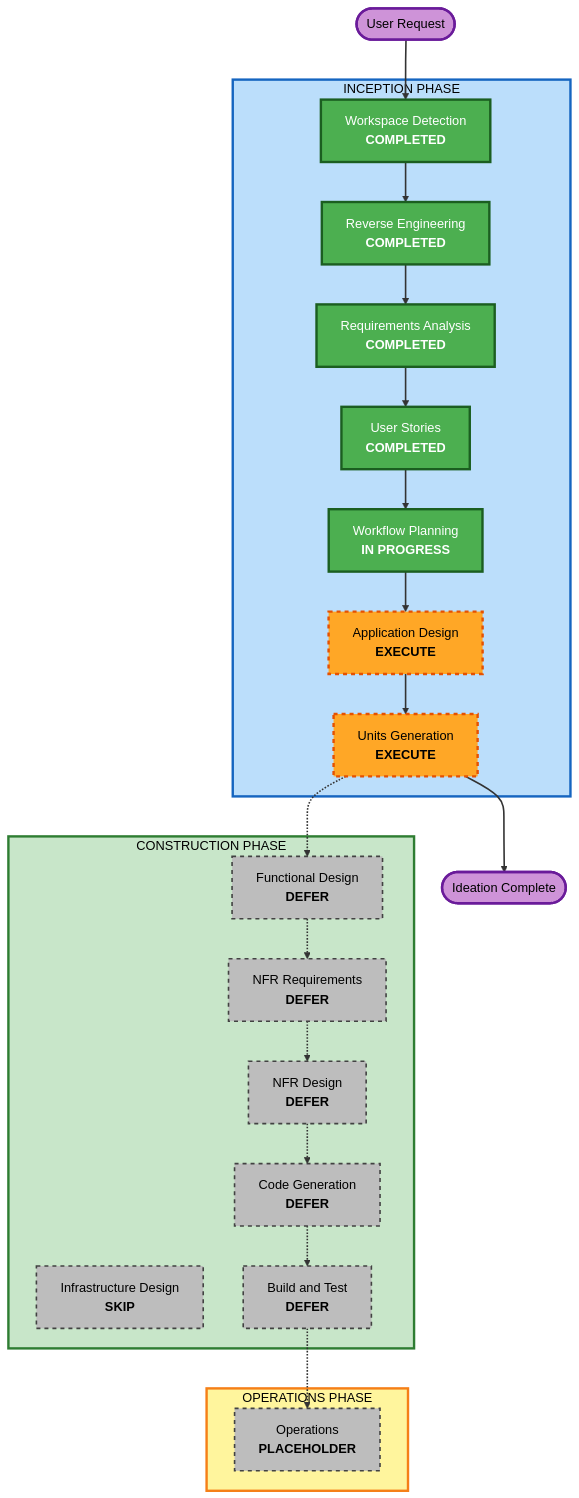
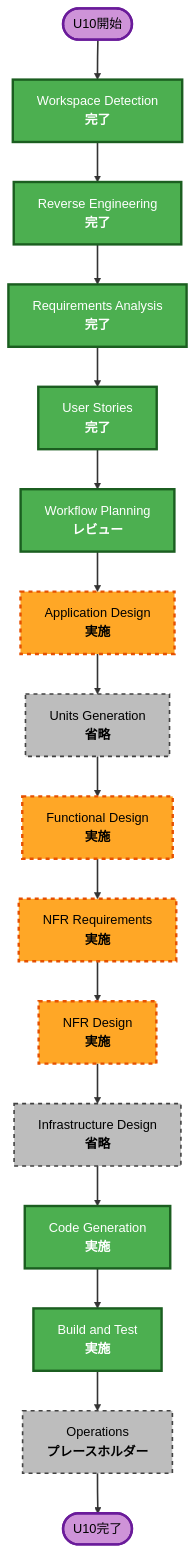
One commit to mori790/Zundamon_vido_Generator changed the diagram in aidlc-docs/inception/plans/execution-plan.md. Above: the diagram before and after it, drawn with Mermaid (neutral theme). The commit also changed other lines of this file and 87 other files, not shown here.

````diff
--- a/aidlc-docs/inception/plans/execution-plan.md
+++ b/aidlc-docs/inception/plans/execution-plan.md
@@ -43,63 +30,51 @@
 ```mermaid
 flowchart TD
-    Start(["User Request"])
-
-    subgraph Inception["INCEPTION PHASE"]
-        WD["Workspace Detection<br/><b>COMPLETED</b>"]
-        RE["Reverse Engineering<br/><b>COMPLETED</b>"]
-        RA["Requirements Analysis<br/><b>COMPLETED</b>"]
-        US["User Stories<br/><b>COMPLETED</b>"]
-        WP["Workflow Planning<br/><b>IN PROGRESS</b>"]
-        AD["Application Design<br/><b>EXECUTE</b>"]
-        UG["Units Generation<br/><b>EXECUTE</b>"]
-    end
-
-    subgraph Construction["CONSTRUCTION PHASE"]
-        FD["Functional Design<br/><b>DEFER</b>"]
-        NFRA["NFR Requirements<br/><b>DEFER</b>"]
-        NFRD["NFR Design<br/><b>DEFER</b>"]
-        ID["Infrastructure Design<br/><b>SKIP</b>"]
-        CG["Code Generation<br/><b>DEFER</b>"]
-        BT["Build and Test<br/><b>DEFER</b>"]
-    end
-
-    subgraph Operations["OPERATIONS PHASE"]
-        OPS["Operations<br/><b>PLACEHOLDER</b>"]
-    end
-
+    Start(["U10開始"])
+    WD["Workspace Detection<br/><b>完了</b>"]
+    RE["Reverse Engineering<br/><b>完了</b>"]
+    RA["Requirements Analysis<br/><b>完了</b>"]
+    US["User Stories<br/><b>完了</b>"]
+    WP["Workflow Planning<br/><b>レビュー</b>"]
+    AD["Application Design<br/><b>実施</b>"]
+    UG["Units Generation<br/><b>省略</b>"]
+    FD["Functional Design<br/><b>実施</b>"]
+    NFRA["NFR Requirements<br/><b>実施</b>"]
+    NFRD["NFR Design<br/><b>実施</b>"]
+    ID["Infrastructure Design<br/><b>省略</b>"]
+    CG["Code Generation<br/><b>実施</b>"]
+    BT["Build and Test<br/><b>実施</b>"]
+    OPS["Operations<br/><b>プレースホルダー</b>"]
+    End(["U10完了"])
     Start --> WD
     WD --> RE
     RE --> RA
     RA --> US
     US --> WP
     WP --> AD
     AD --> UG
-    UG -.-> FD
-    FD -.-> NFRA
-    NFRA -.-> NFRD
-    NFRD -.-> CG
-    CG -.-> BT
-    BT -.-> OPS
-    UG --> End(["Ideation Complete"])
-
+    UG --> FD
+    FD --> NFRA
+    NFRA --> NFRD
+    NFRD --> ID
+    ID --> CG
+    CG --> BT
+    BT --> OPS
+    OPS --> End
     style WD fill:#4CAF50,stroke:#1B5E20,stroke-width:3px,color:#fff
     style RE fill:#4CAF50,stroke:#1B5E20,stroke-width:3px,color:#fff
     style RA fill:#4CAF50,stroke:#1B5E20,stroke-width:3px,color:#fff
     style US fill:#4CAF50,stroke:#1B5E20,stroke-width:3px,color:#fff
     style WP fill:#4CAF50,stroke:#1B5E20,stroke-width:3px,color:#fff
-    style AD fill:#FFA726,stroke:#E65100,stroke-width:3px,stroke-dasharray: 5 5,color:#000
-    style UG fill:#FFA726,stroke:#E65100,stroke-width:3px,stroke-dasharray: 5 5,color:#000
-    style FD fill:#BDBDBD,stroke:#424242,stroke-width:2px,stroke-dasharray: 5 5,color:#000
-    style NFRA fill:#BDBDBD,stroke:#424242,stroke-width:2px,stroke-dasharray: 5 5,color:#000
-    style NFRD fill:#BDBDBD,stroke:#424242,stroke-width:2px,stroke-dasharray: 5 5,color:#000
-    style ID fill:#BDBDBD,stroke:#424242,stroke-width:2px,stroke-dasharray: 5 5,color:#000
-    style CG fill:#BDBDBD,stroke:#424242,stroke-width:2px,stroke-dasharray: 5 5,color:#000
-    style BT fill:#BDBDBD,stroke:#424242,stroke-width:2px,stroke-dasharray: 5 5,color:#000
-    style OPS fill:#BDBDBD,stroke:#424242,stroke-width:2px,stroke-dasharray: 5 5,color:#000
+    style AD fill:#FFA726,stroke:#E65100,stroke-width:3px,stroke-dasharray:5 5,color:#000
+    style FD fill:#FFA726,stroke:#E65100,stroke-width:3px,stroke-dasharray:5 5,color:#000
+    style NFRA fill:#FFA726,stroke:#E65100,stroke-width:3px,stroke-dasharray:5 5,color:#000
+    style NFRD fill:#FFA726,stroke:#E65100,stroke-width:3px,stroke-dasharray:5 5,color:#000
+    style CG fill:#4CAF50,stroke:#1B5E20,stroke-width:3px,color:#fff
+    style BT fill:#4CAF50,stroke:#1B5E20,stroke-width:3px,color:#fff
+    style UG fill:#BDBDBD,stroke:#424242,stroke-width:2px,stroke-dasharray:5 5,color:#000
+    style ID fill:#BDBDBD,stroke:#424242,stroke-width:2px,stroke-dasharray:5 5,color:#000
+    style OPS fill:#BDBDBD,stroke:#424242,stroke-width:2px,stroke-dasharray:5 5,color:#000
     style Start fill:#CE93D8,stroke:#6A1B9A,stroke-width:3px,color:#000
     style End fill:#CE93D8,stroke:#6A1B9A,stroke-width:3px,color:#000
-    style Inception fill:#BBDEFB,stroke:#1565C0,stroke-width:3px,color:#000
-    style Construction fill:#C8E6C9,stroke:#2E7D32,stroke-width:3px,color:#000
-    style Operations fill:#FFF59D,stroke:#F57F17,stroke-width:3px,color:#000
     linkStyle default stroke:#333,stroke-width:2px
 ```
````
